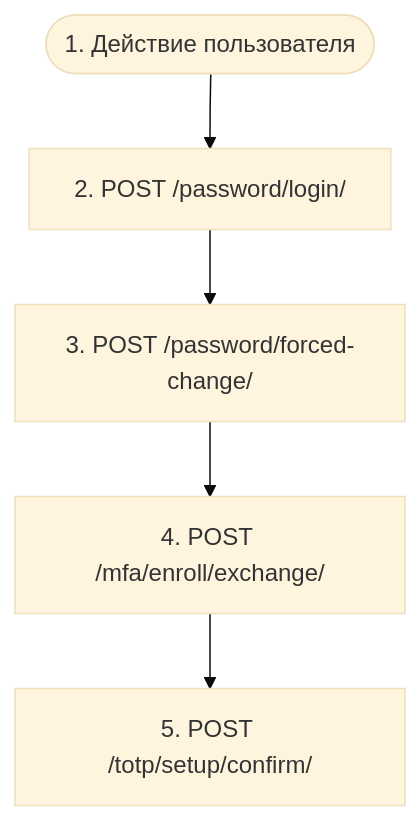
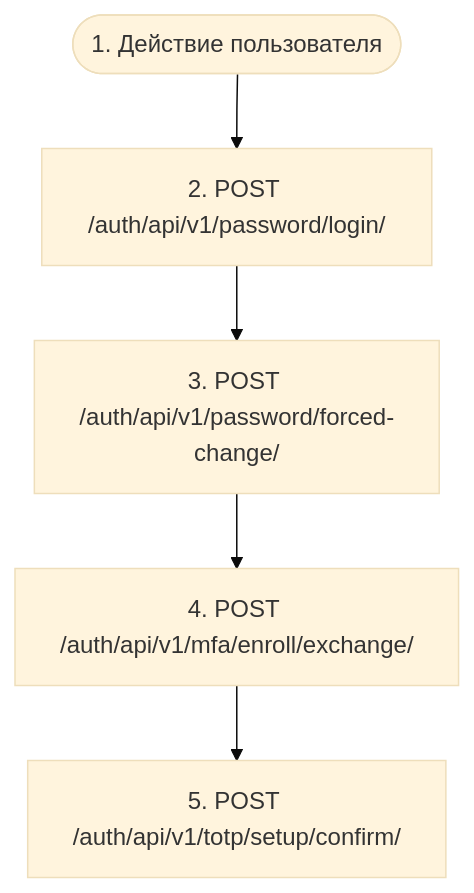
The diagram in docs/flows/ru/auth.first_login.md (usestapel/stapel-auth), drawn with Mermaid (base theme) before and after one commit. The commit also changed other lines of this file and 25 other files, not shown here.

````diff
--- a/docs/flows/ru/auth.first_login.md
+++ b/docs/flows/ru/auth.first_login.md
@@ -11,12 +11,12 @@
 ```mermaid
 flowchart TD
     s1(["1. Действие пользователя"])
-    s2["2. POST /password/login/"]
-    s3["3. POST /password/forced-change/"]
-    s4["4. POST /mfa/enroll/exchange/"]
-    s5["5. POST /totp/setup/confirm/"]
+    s2["2. POST /auth/api/v1/password/login/"]
+    s3["3. POST /auth/api/v1/password/forced-change/"]
+    s4["4. POST /auth/api/v1/mfa/enroll/exchange/"]
+    s5["5. POST /auth/api/v1/totp/setup/confirm/"]
     s1 --> s2
     s2 --> s3
     s3 --> s4
     s4 --> s5
 ```
````
